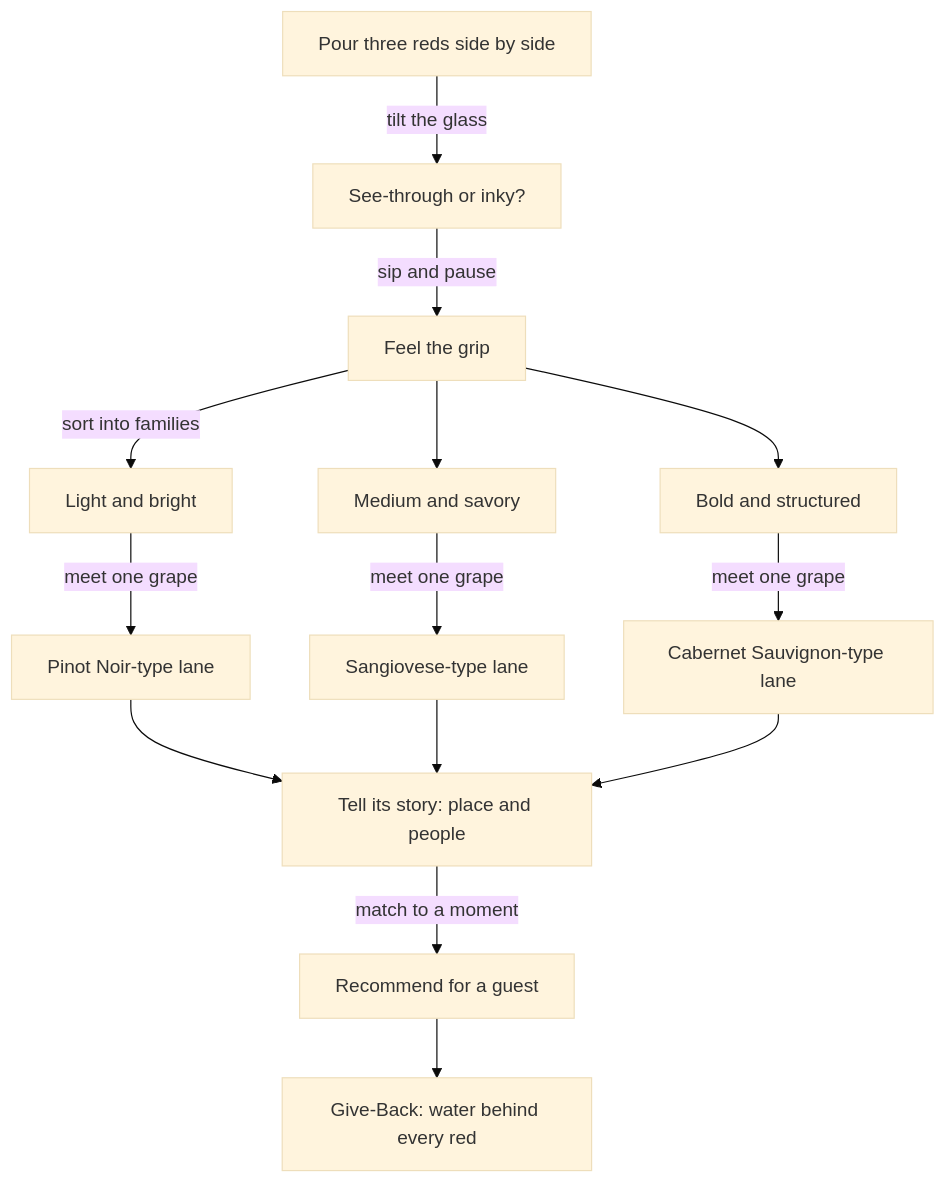
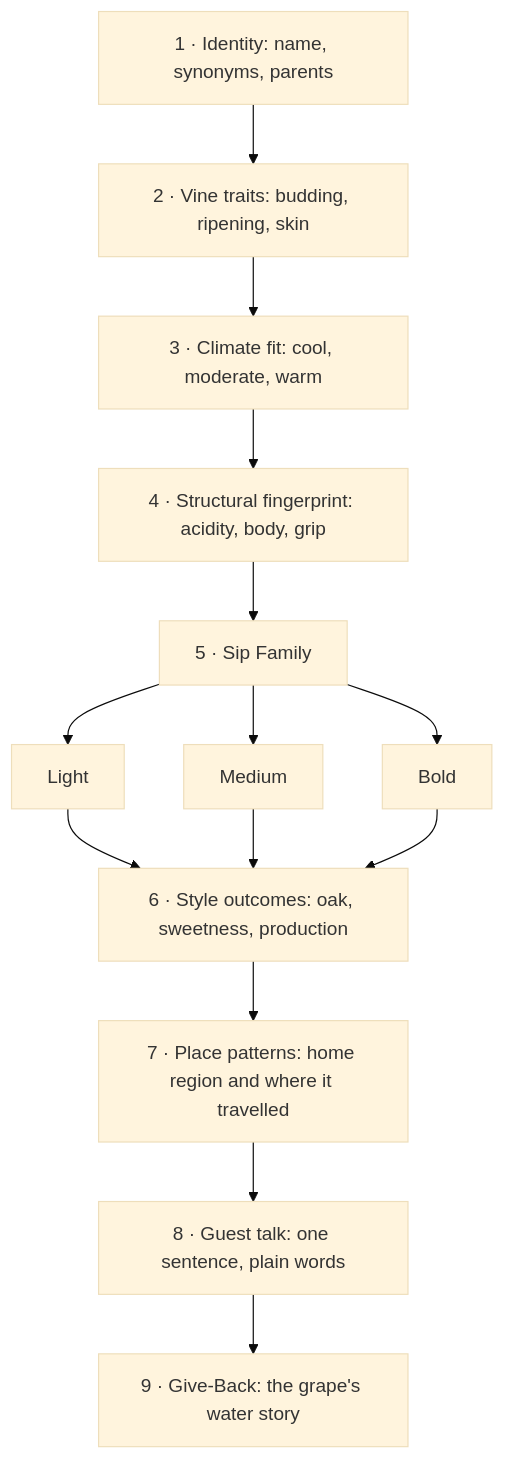
One commit to Sip-Coder/Sip-Stack changed the diagram in experience-charts/03-red-grapes.md. Above: the diagram before and after it, drawn with Mermaid (base theme). The commit also changed other lines of this file, not shown here.

Commit message:
Rebuild experience-charts/03-red-grapes.md: grape species analysis for charts 02/03

````diff
--- a/experience-charts/03-red-grapes.md
+++ b/experience-charts/03-red-grapes.md
@@ -6,16 +10,16 @@
 ```mermaid
 flowchart TD
-  A["Pour three reds side by side"] -->|"tilt the glass"| B["See-through or inky?"]
-  B -->|"sip and pause"| C["Feel the grip"]
-  C -->|"sort into families"| D["Light and bright"]
-  C --> E["Medium and savory"]
-  C --> F["Bold and structured"]
-  D -->|"meet one grape"| G["Pinot Noir-type lane"]
-  E -->|"meet one grape"| H["Sangiovese-type lane"]
-  F -->|"meet one grape"| I["Cabernet Sauvignon-type lane"]
-  G --> J["Tell its story: place and people"]
-  H --> J
-  I --> J
-  J -->|"match to a moment"| K["Recommend for a guest"]
-  K --> L["Give-Back: water behind every red"]
+  A["1 · Identity: name, synonyms, parents"] --> B["2 · Vine traits: budding, ripening, skin"]
+  B --> C["3 · Climate fit: cool, moderate, warm"]
+  C --> D["4 · Structural fingerprint: acidity, body, grip"]
+  D --> E["5 · Sip Family"]
+  E --> F1["Light"]
+  E --> F2["Medium"]
+  E --> F3["Bold"]
+  F1 --> G["6 · Style outcomes: oak, sweetness, production"]
+  F2 --> G
+  F3 --> G
+  G --> H["7 · Place patterns: home region and where it travelled"]
+  H --> I["8 · Guest talk: one sentence, plain words"]
+  I --> J["9 · Give-Back: the grape's water story"]
 ```
````
